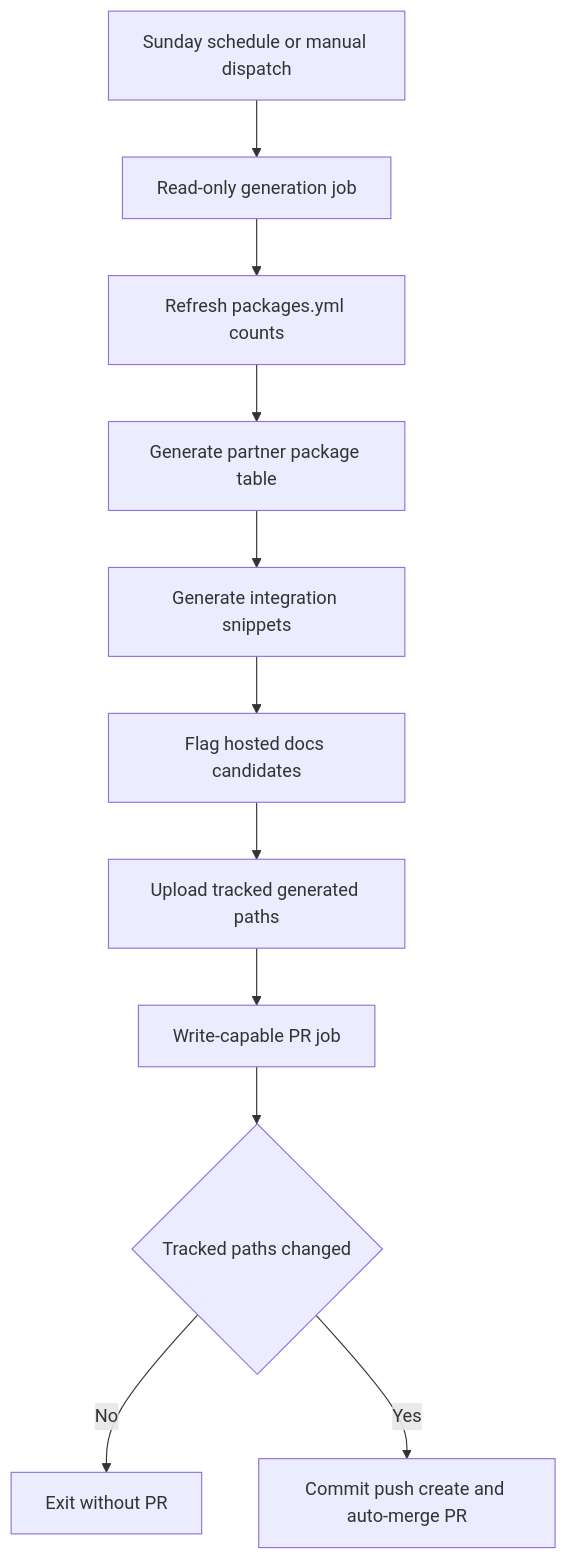
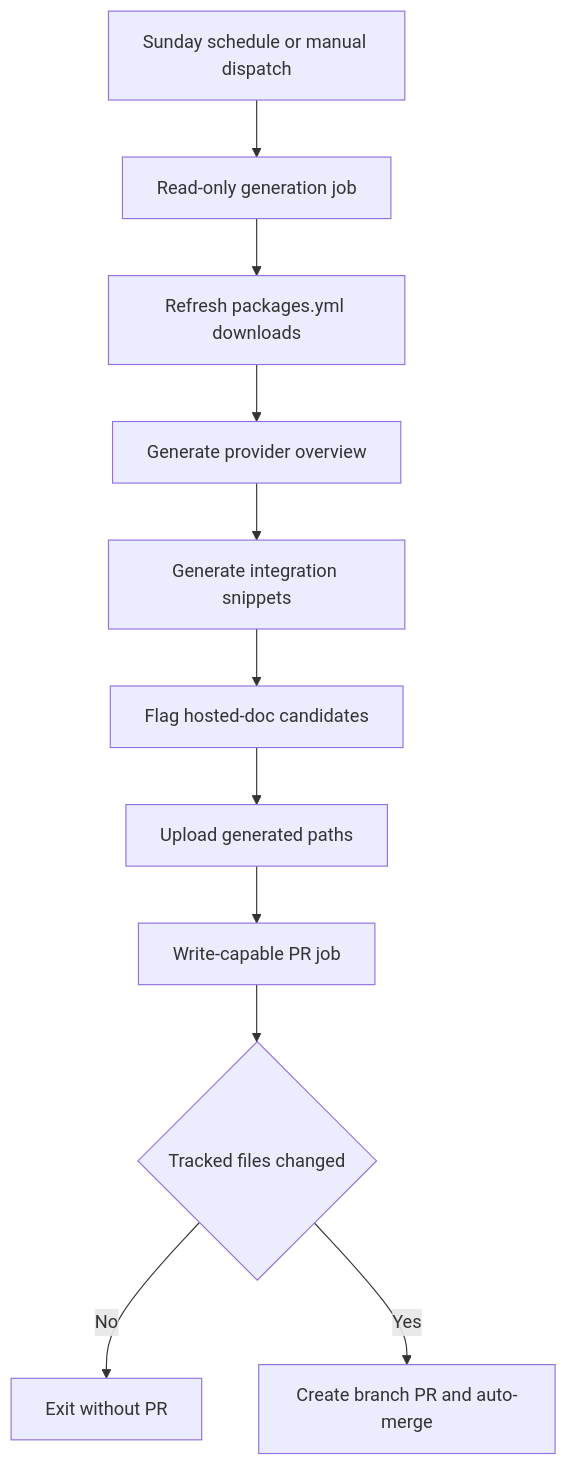
Before and after one commit to langchain-ai/docs: the second of 2 diagrams in openwiki/workflows/integration-listing-automation.md, drawn with Mermaid. The commit also changed other lines of this file and 41 other files, not shown here.

````diff
--- a/openwiki/workflows/integration-listing-automation.md
+++ b/openwiki/workflows/integration-listing-automation.md
@@ -125,13 +123,13 @@
 ```mermaid
 flowchart TD
-    Trigger["Sunday schedule or manual dispatch"] --> ReadJob["Read-only generation job"]
-    ReadJob --> PackageCounts["Refresh packages.yml counts"]
-    PackageCounts --> PartnerTable["Generate partner package table"]
-    PartnerTable --> Snippets["Generate integration snippets"]
-    Snippets --> Candidates["Flag hosted docs candidates"]
-    Candidates --> Artifact["Upload tracked generated paths"]
-    Artifact --> WriteJob["Write-capable PR job"]
-    WriteJob --> Changed{"Tracked paths changed"}
-    Changed -- No --> NoPR["Exit without PR"]
-    Changed -- Yes --> RefreshPR["Commit push create and auto-merge PR"]
+    Trigger["Sunday schedule or manual dispatch"] --> ReadOnly["Read-only generation job"]
+    ReadOnly --> Counts["Refresh packages.yml downloads"]
+    Counts --> Overview["Generate provider overview"]
+    Overview --> Tables["Generate integration snippets"]
+    Tables --> Candidate["Flag hosted-doc candidates"]
+    Candidate --> Artifact["Upload generated paths"]
+    Artifact --> Writer["Write-capable PR job"]
+    Writer --> Changed{"Tracked files changed"}
+    Changed -- No --> Exit["Exit without PR"]
+    Changed -- Yes --> RefreshPR["Create branch PR and auto-merge"]
 ```
````
